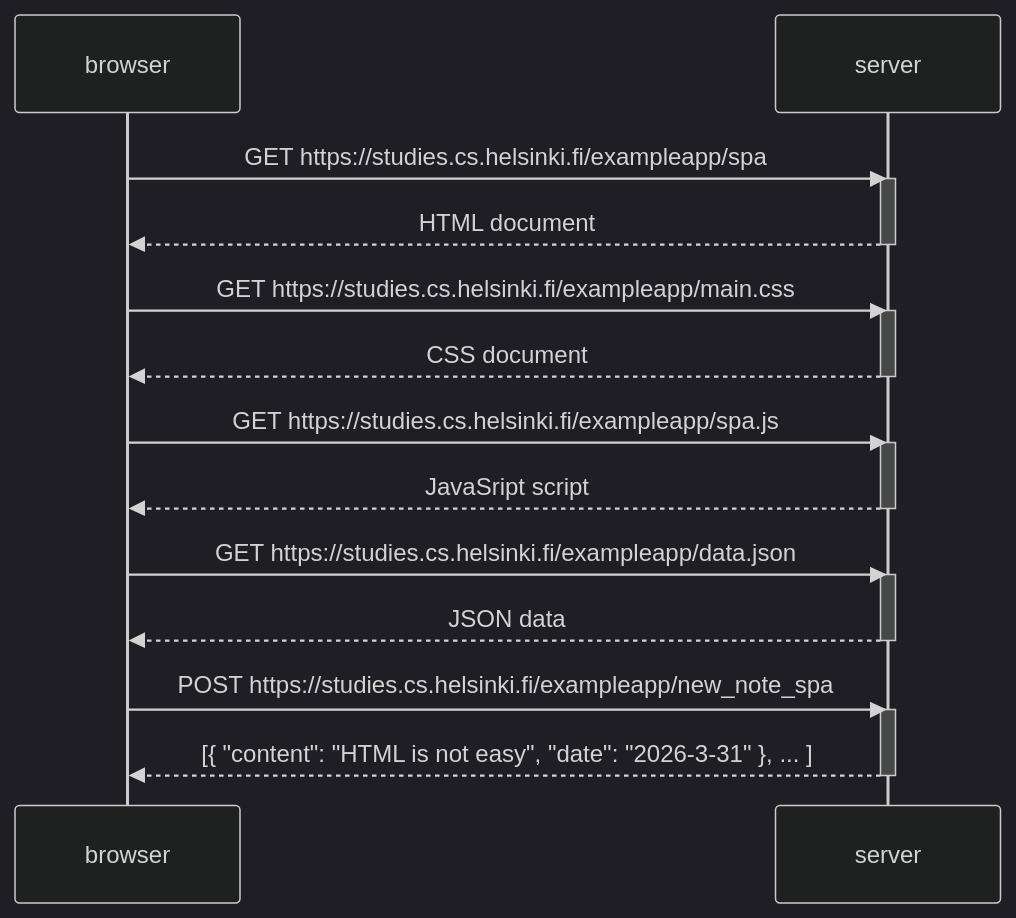
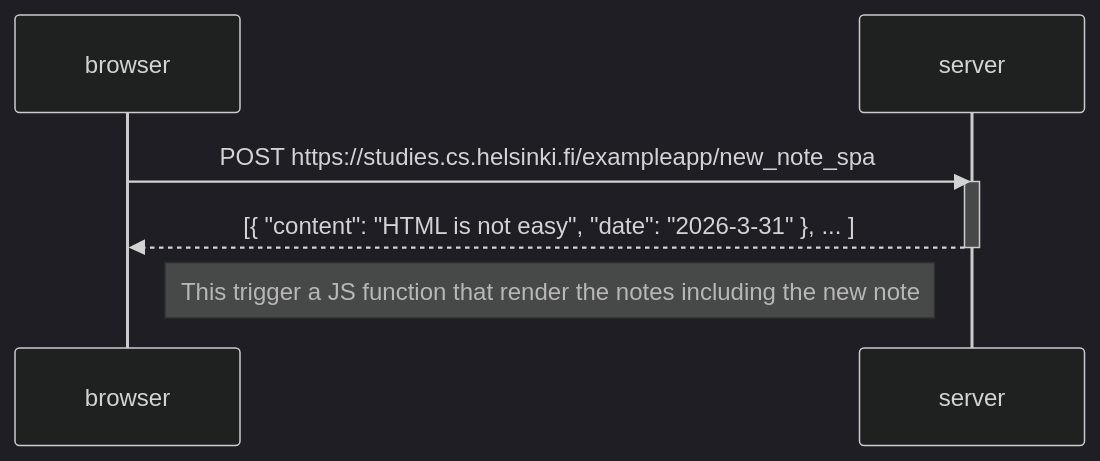
One commit to kole-wc/fullstackopen-2026 changed the diagram in exercises/part0/exercise_6.md. Above: the diagram before and after it, drawn with Mermaid (dark theme).

Commit message:
adjust solution of exercise 6

````diff
--- a/exercises/part0/exercise_6.md
+++ b/exercises/part0/exercise_6.md
@@ -1,30 +1,12 @@
 ```mermaid
 sequenceDiagram
     participant browser
     participant server
 
-    browser->>server: GET https://studies.cs.helsinki.fi/exampleapp/spa
-    activate server
-    server-->>browser: HTML document
-    deactivate server
-
-    browser->>server: GET https://studies.cs.helsinki.fi/exampleapp/main.css
-    activate server
-    server-->>browser: CSS document
-    deactivate server
-
-    browser->>server: GET https://studies.cs.helsinki.fi/exampleapp/spa.js
-    activate server
-    server-->>browser: JavaSript script
-    deactivate server
-
-    browser->>server: GET https://studies.cs.helsinki.fi/exampleapp/data.json
-    activate server
-    server-->>browser: JSON data
-    deactivate server
-
     browser->>server: POST https://studies.cs.helsinki.fi/exampleapp/new_note_spa
     activate server
     server-->>browser: [{ "content": "HTML is not easy", "date": "2026-3-31" }, ... ]
     deactivate server
+
+    Note right of browser: This trigger a JS function that render the notes including the new note
 ```
````
